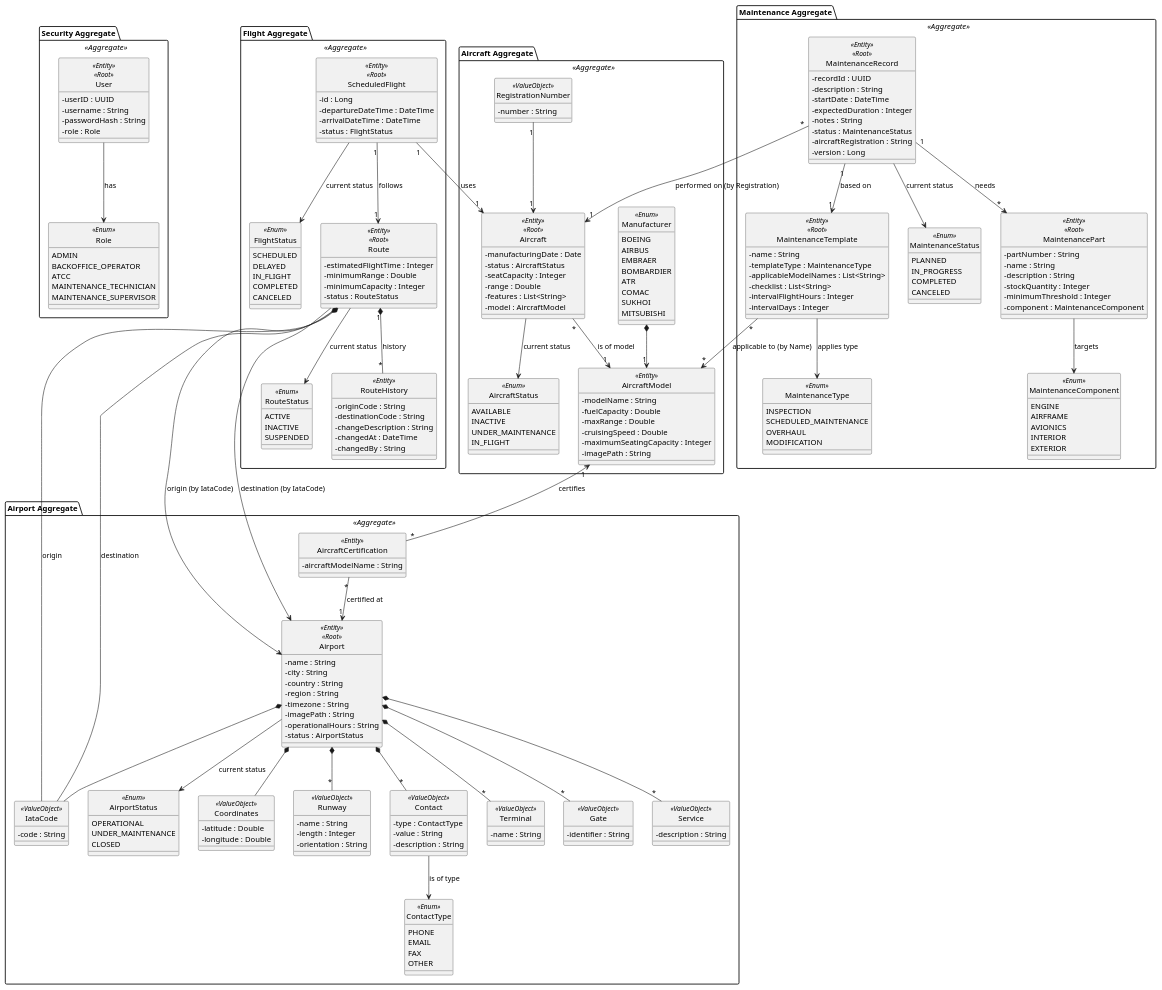
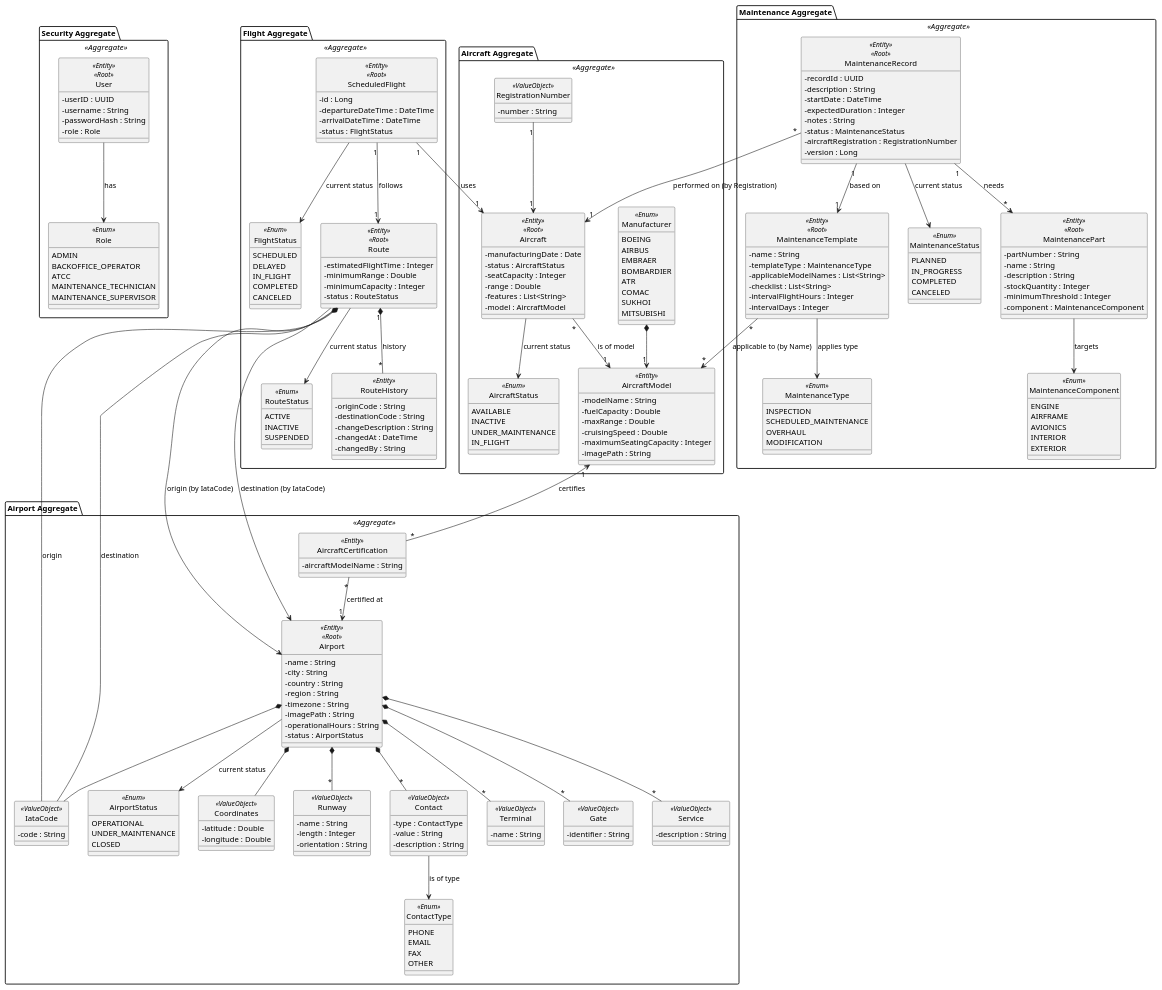
The diagram in docs/system-documentation/global-artifacts/puml/DM.puml (VascoMagolo/psoft_1231562_1241692_1242036_2db), drawn with PlantUML before and after one commit. The commit also changed 22 other files, not shown here.

```diff
--- a/docs/system-documentation/global-artifacts/puml/DM.puml
+++ b/docs/system-documentation/global-artifacts/puml/DM.puml
@@ -218,7 +218,7 @@
     - expectedDuration : Integer
     - notes : String
     - status : MaintenanceStatus
-    - aircraftRegistration : String
+    - aircraftRegistration : RegistrationNumber
     - version : Long
   }
   MaintenanceRecord --> MaintenanceStatus : current status
```
